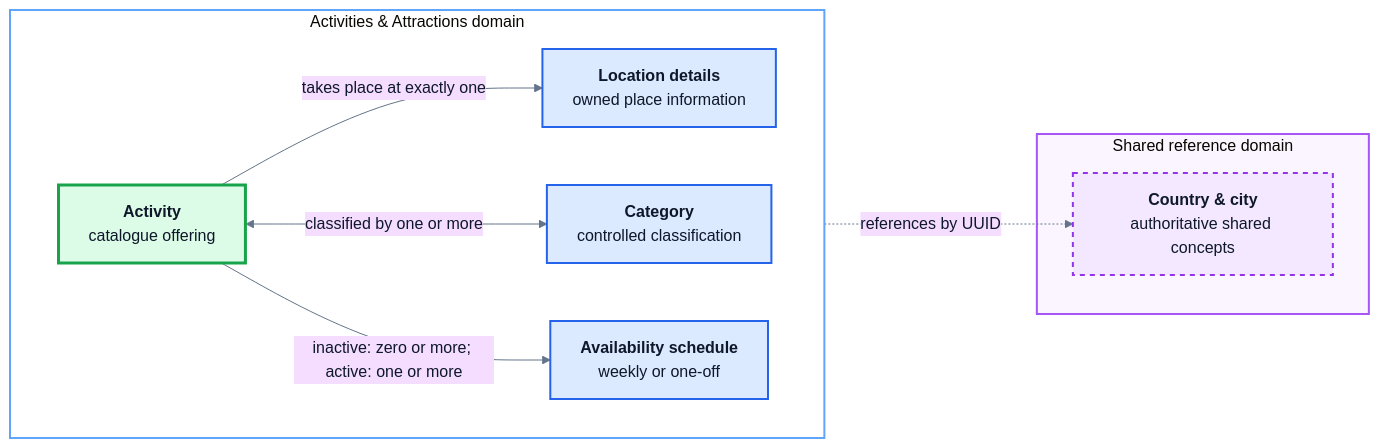
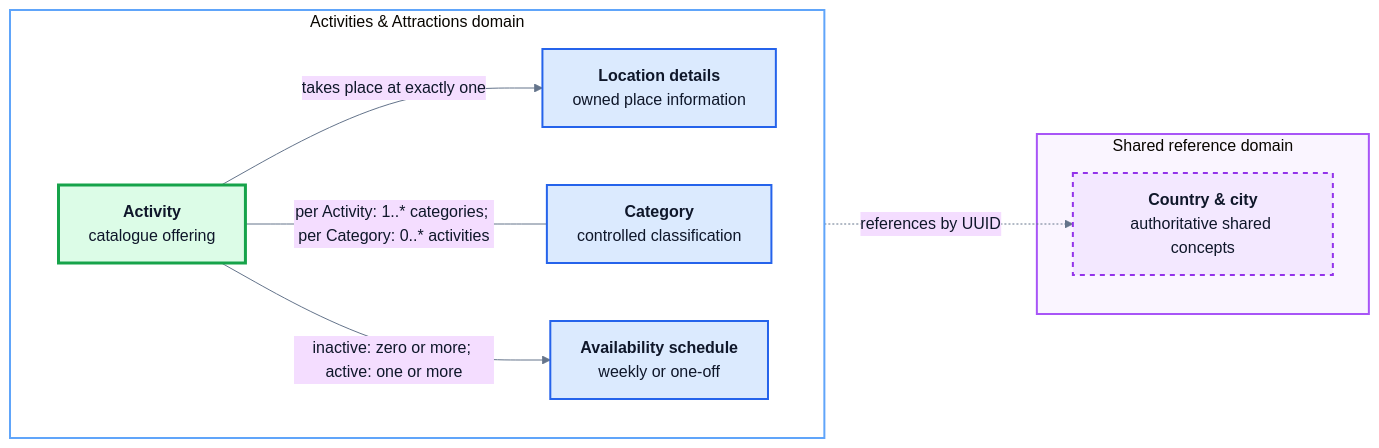
Before and after one commit to JulianKirk/TripGenie: the diagram in docs/reports/release-0/Student4/DataDesign/conceptual.md, drawn with Mermaid. The commit also changed 3 other files, not shown here.

Commit message:
docs: correct Student 4 ERD semantics

````diff
--- a/docs/reports/release-0/Student4/DataDesign/conceptual.md
+++ b/docs/reports/release-0/Student4/DataDesign/conceptual.md
@@ -13,29 +13,29 @@
 ```mermaid
 %%{init: {"theme":"base","themeVariables":{"fontFamily":"Inter, ui-sans-serif, system-ui, sans-serif","primaryTextColor":"#0f172a","lineColor":"#64748b","clusterBkg":"#f8fafc","clusterBorder":"#cbd5e1"},"flowchart":{"curve":"basis","nodeSpacing":58,"rankSpacing":72}}}%%
 flowchart LR
     subgraph OWNED[Activities & Attractions domain]
         direction LR
         ACTIVITY[<b>Activity</b><br/>catalogue offering]
         LOCATION[<b>Location details</b><br/>owned place information]
         CATEGORY[<b>Category</b><br/>controlled classification]
         SCHEDULE[<b>Availability schedule</b><br/>weekly or one-off]
     end
 
     subgraph EXTERNAL[Shared reference domain]
         PLACE[<b>Country & city</b><br/>authoritative shared concepts]
     end
 
     ACTIVITY -->|takes place at exactly one| LOCATION
-    ACTIVITY <-->|classified by one or more| CATEGORY
+    ACTIVITY ---|"per Activity: 1..* categories; per Category: 0..* activities"| CATEGORY
     ACTIVITY -->|"inactive: zero or more; active: one or more"| SCHEDULE
     LOCATION -.->|references by UUID| PLACE
 
     classDef core fill:#dcfce7,stroke:#16a34a,color:#0f172a,stroke-width:3px;
     classDef owned fill:#dbeafe,stroke:#2563eb,color:#0f172a,stroke-width:2px;
     classDef external fill:#f3e8ff,stroke:#9333ea,color:#0f172a,stroke-width:2px,stroke-dasharray:5 5;
     class ACTIVITY core;
     class LOCATION,CATEGORY,SCHEDULE owned;
     class PLACE external;
     style OWNED fill:#ffffff,stroke:#60a5fa,stroke-width:2px;
     style EXTERNAL fill:#faf5ff,stroke:#a855f7,stroke-width:2px;
 ```
````
